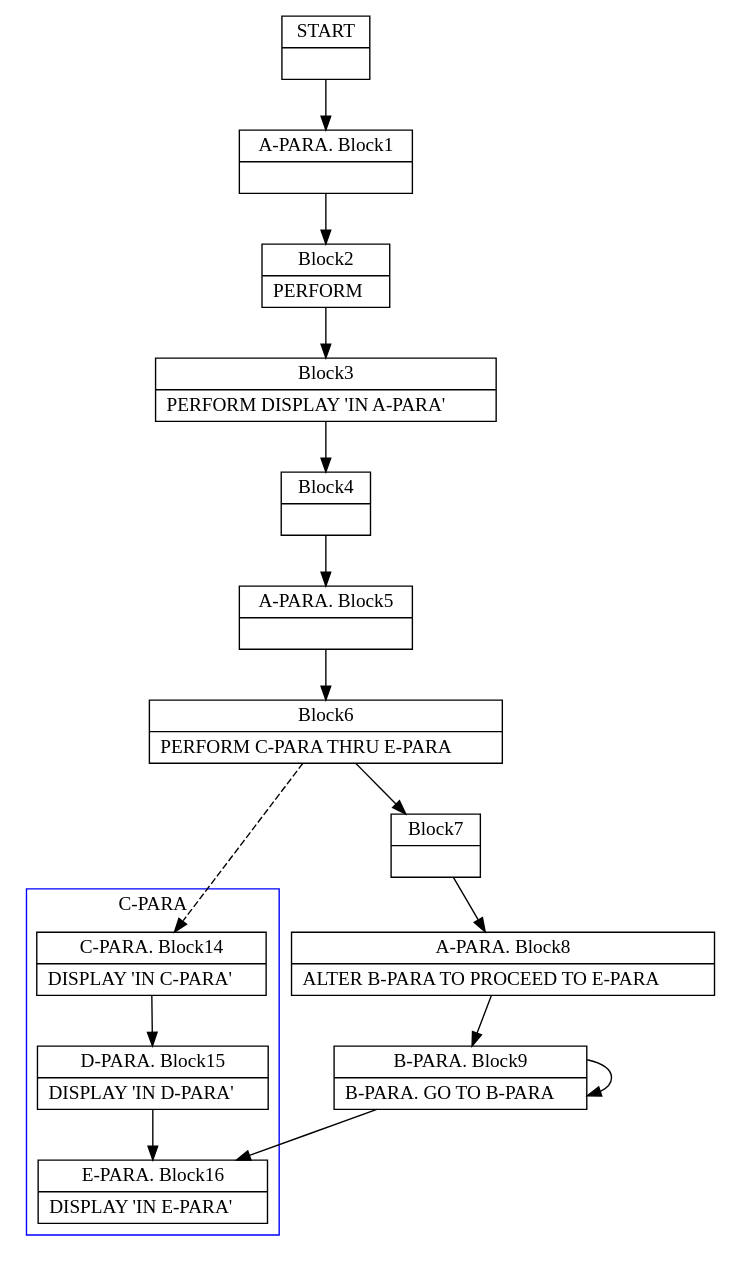
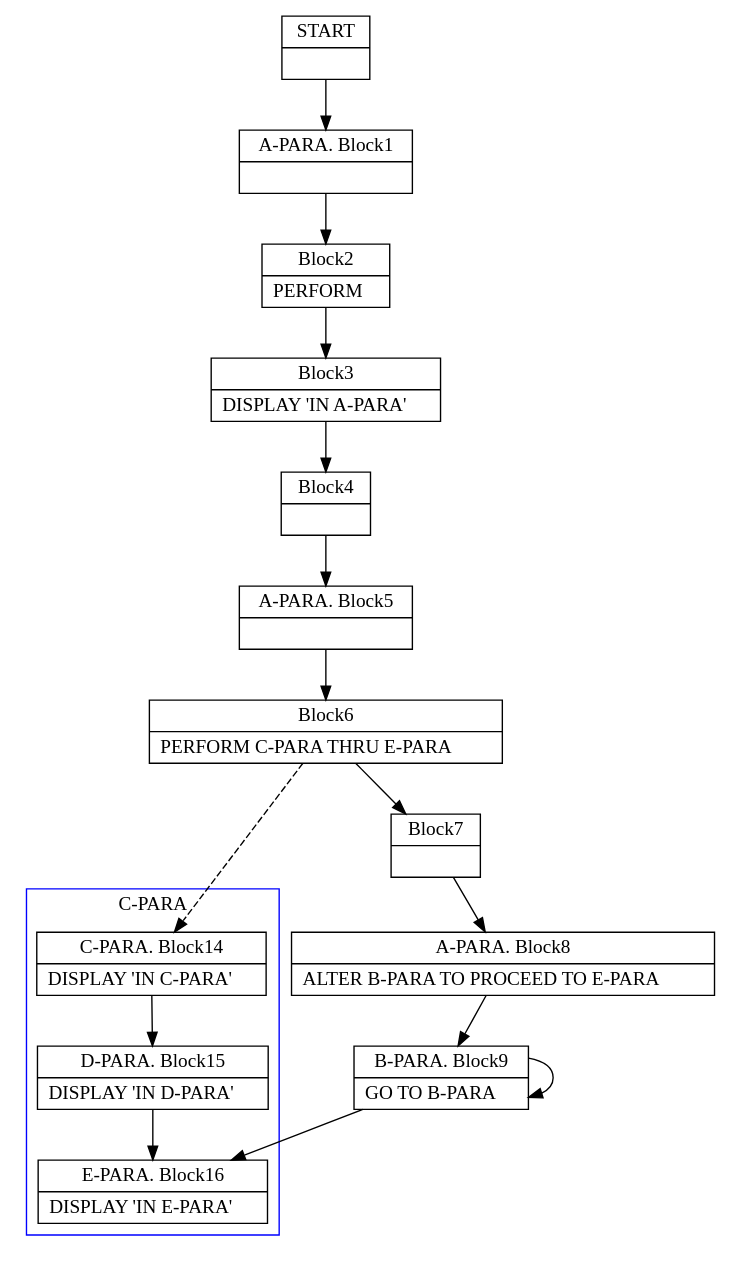
Before and after one commit to TypeCobolTeam/TypeCobol: the diagram in TypeCobol.Analysis.Test/DotOutput/Alter0.dot, drawn with Graphviz. The commit also changed 7 other files, not shown here.

```diff
--- a/TypeCobol.Analysis.Test/DotOutput/Alter0.dot
+++ b/TypeCobol.Analysis.Test/DotOutput/Alter0.dot
@@ -1,73 +1,73 @@
 digraph Cfg {
 compound=true;
 node [
 shape = "record"
 ]
 
 edge [
 arrowtail = "empty"
 ]
 Block0 [
 label = "{START|}"
 ]
 Block1 [
 label = "{A-PARA. Block1|}"
 ]
 Block2 [
 label = "{Block2|    PERFORM\l}"
 ]
 Block3 [
-label = "{Block3|    PERFORM  DISPLAY 'IN A-PARA'\l}"
+label = "{Block3|             DISPLAY 'IN A-PARA'\l}"
 ]
 Block4 [
 label = "{Block4|}"
 ]
 Block5 [
 label = "{A-PARA. Block5|}"
 ]
 Block6 [
 label = "{Block6|    PERFORM C-PARA THRU E-PARA\l}"
 ]
 subgraph cluster_1{
 color = blue;
 label = "C-PARA";
 Block14 [
 label = "{C-PARA. Block14|    DISPLAY 'IN C-PARA'\l}"
 ]
 Block15 [
 label = "{D-PARA. Block15|    DISPLAY 'IN D-PARA'\l}"
 ]
 Block16 [
 label = "{E-PARA. Block16|    DISPLAY 'IN E-PARA'\l}"
 ]
 Block14 -> Block15
 Block15 -> Block16
 
 }
 Block6 -> Block14 [style=dashed]
 
 Block7 [
 label = "{Block7|}"
 ]
 Block8 [
 label = "{A-PARA. Block8|    ALTER B-PARA TO PROCEED TO E-PARA\l}"
 ]
 Block9 [
-label = "{B-PARA. Block9|B-PARA. GO TO B-PARA\l}"
+label = "{B-PARA. Block9|        GO TO B-PARA\l}"
 ]
 Block16 [
 label = "{E-PARA. Block16|    DISPLAY 'IN E-PARA'\l}"
 ]
 Block0 -> Block1
 Block1 -> Block2
 Block2 -> Block3
 Block3 -> Block4
 Block4 -> Block5
 Block5 -> Block6
 Block6 -> Block7
 Block7 -> Block8
 Block8 -> Block9
 Block9 -> Block9
 Block9 -> Block16
 
 }
```
